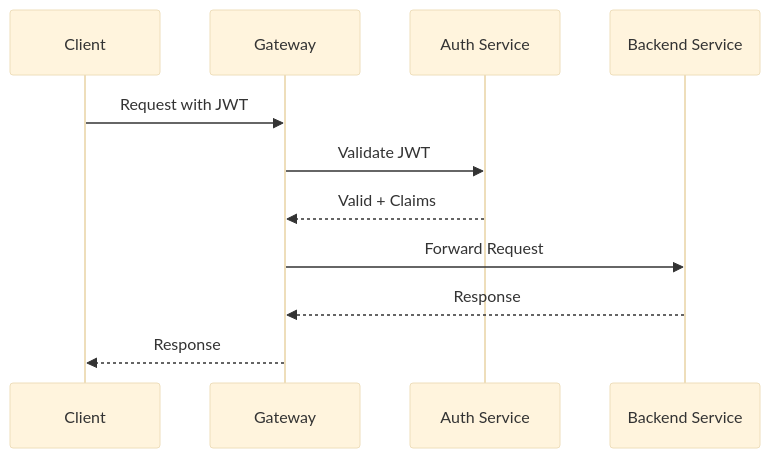
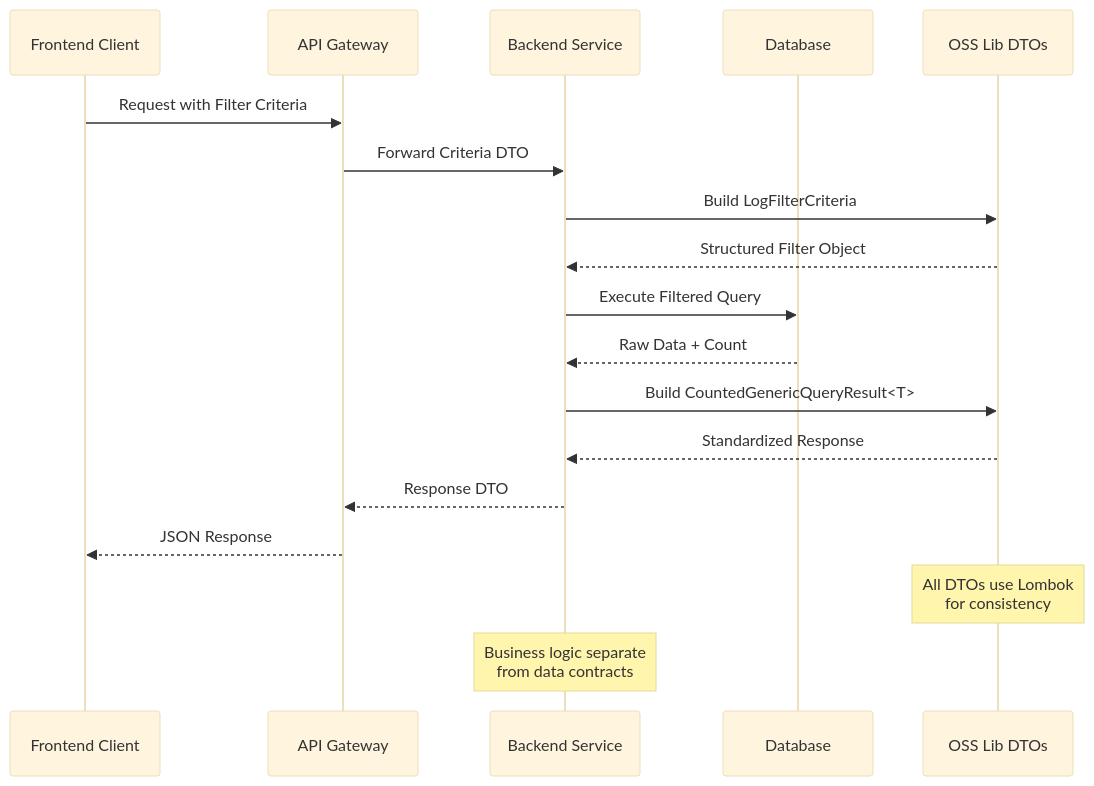
One commit to flamingo-stack/openframe-oss-lib changed the fourth of 5 diagrams in docs/development/architecture/README.md. Above: the diagram before and after it, drawn with Mermaid (base theme). The commit also changed other lines of this file and 10 other files, not shown here.

````diff
--- a/docs/development/architecture/README.md
+++ b/docs/development/architecture/README.md
@@ -246,14 +167,22 @@
 ```mermaid
 sequenceDiagram
-    participant Client
-    participant Gateway
-    participant Auth as Auth Service
-    participant Backend as Backend Service
+    participant Client as Frontend Client
+    participant Gateway as API Gateway
+    participant Service as Backend Service
+    participant DB as Database
+    participant DTO as OSS Lib DTOs
     
-    Client->>Gateway: Request with JWT
-    Gateway->>Auth: Validate JWT
-    Auth-->>Gateway: Valid + Claims
-    Gateway->>Backend: Forward Request
-    Backend-->>Gateway: Response
-    Gateway-->>Client: Response
+    Client->>Gateway: Request with Filter Criteria
+    Gateway->>Service: Forward Criteria DTO
+    Service->>DTO: Build LogFilterCriteria
+    DTO-->>Service: Structured Filter Object
+    Service->>DB: Execute Filtered Query
+    DB-->>Service: Raw Data + Count
+    Service->>DTO: Build CountedGenericQueryResult<T>
+    DTO-->>Service: Standardized Response
+    Service-->>Gateway: Response DTO
+    Gateway-->>Client: JSON Response
+    
+    Note over DTO: All DTOs use Lombok<br/>for consistency
+    Note over Service: Business logic separate<br/>from data contracts
 ```
````
